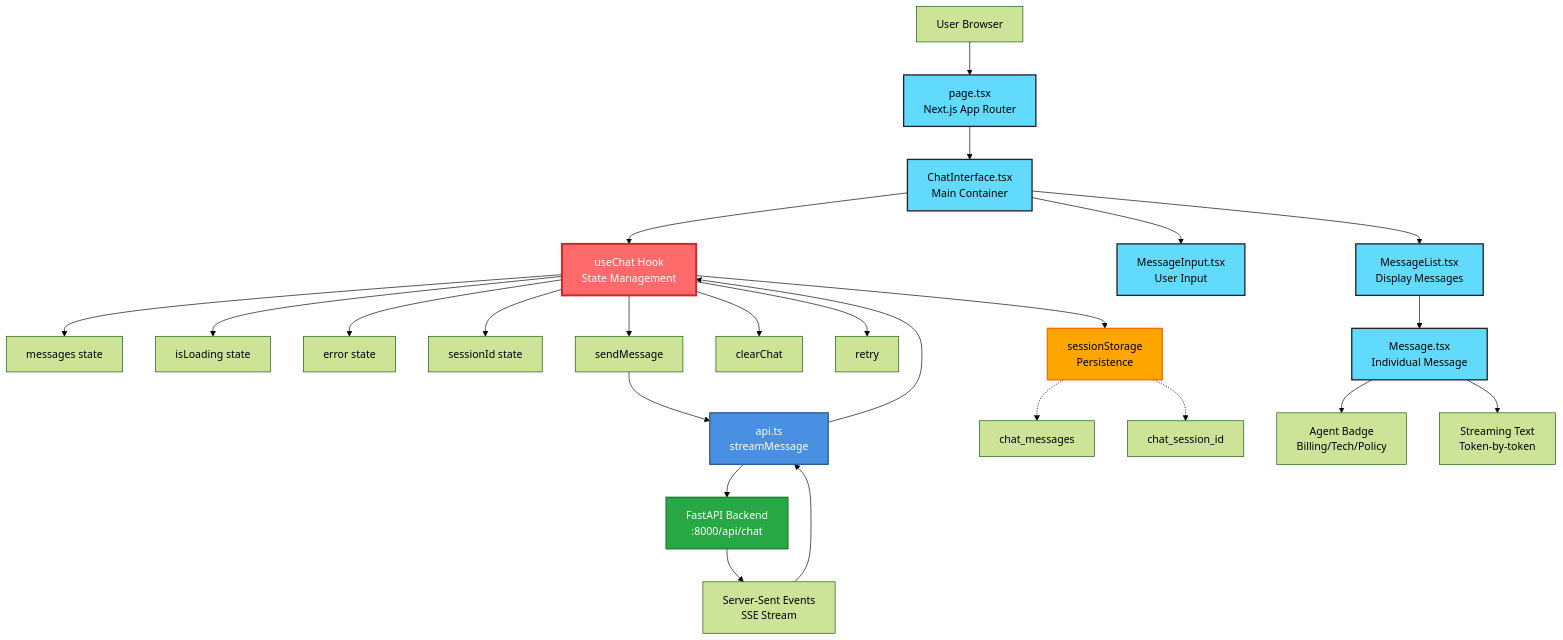
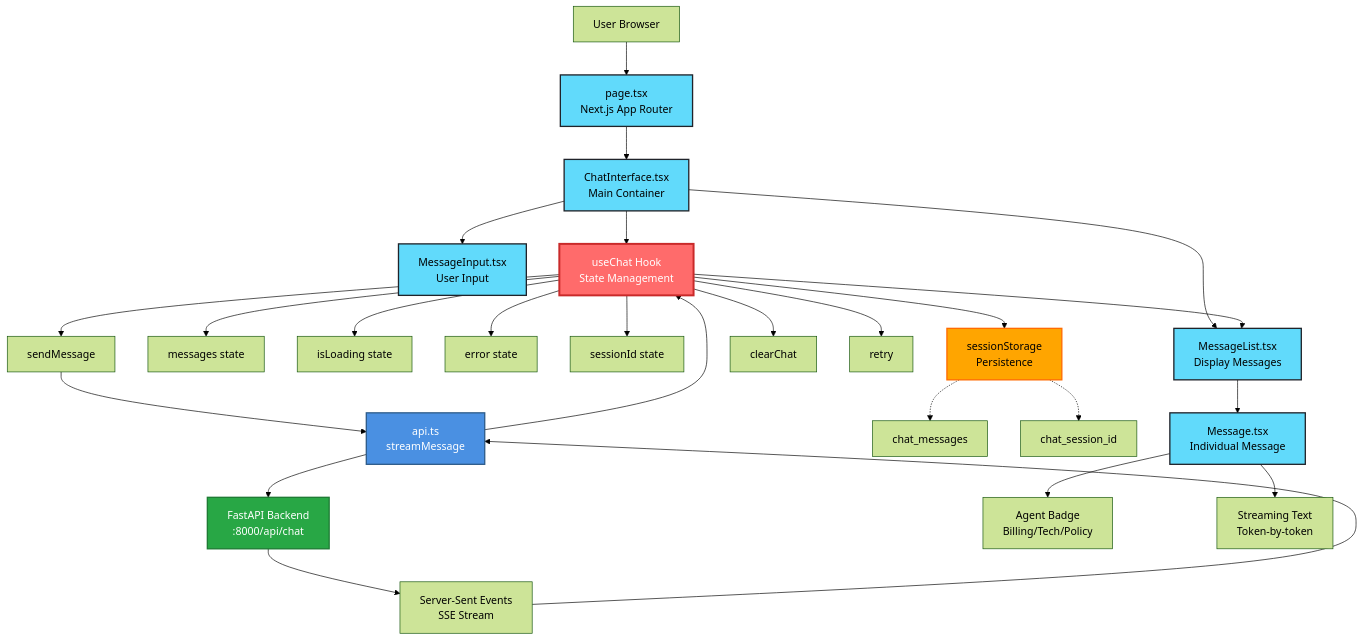
The second of 2 diagrams in README.md (fly2safa/multi-agent-customer-service), drawn with Mermaid (forest theme) before and after one commit.

Commit message:
docs: add data flow arrow from useChat Hook to MessageList
- Added missing arrow showing state flow from useChat Hook to MessageList

- Clarifies that messages state is passed to MessageList for display

- Makes data flow more accurate and complete

````diff
--- a/README.md
+++ b/README.md
@@ -75,44 +75,46 @@
 ```mermaid
 graph TB
     A[User Browser] --> B[page.tsx<br/>Next.js App Router]
     B --> C[ChatInterface.tsx<br/>Main Container]
     
     C --> D[MessageList.tsx<br/>Display Messages]
     C --> E[MessageInput.tsx<br/>User Input]
     
     C --> F[useChat Hook<br/>State Management]
     
     F --> G[messages state]
     F --> H[isLoading state]
     F --> I[error state]
     F --> J[sessionId state]
     
     F --> K[sendMessage]
     F --> L[clearChat]
     F --> M[retry]
+    
+    F --> D
     
     K --> N[api.ts<br/>streamMessage]
     N --> O[FastAPI Backend<br/>:8000/api/chat]
     
     O --> P[Server-Sent Events<br/>SSE Stream]
     P --> N
     N --> F
     
     F --> Q[sessionStorage<br/>Persistence]
     Q -.-> R[chat_messages]
     Q -.-> S[chat_session_id]
     
     D --> T[Message.tsx<br/>Individual Message]
     T --> U[Agent Badge<br/>Billing/Tech/Policy]
     T --> V[Streaming Text<br/>Token-by-token]
     
     style B fill:#61DAFB,stroke:#20232A,stroke-width:2px,color:#000
     style C fill:#61DAFB,stroke:#20232A,stroke-width:2px,color:#000
     style D fill:#61DAFB,stroke:#20232A,stroke-width:2px,color:#000
     style E fill:#61DAFB,stroke:#20232A,stroke-width:2px,color:#000
     style F fill:#FF6B6B,stroke:#C92A2A,stroke-width:3px,color:#FFF
     style N fill:#4A90E2,stroke:#2E5C8A,stroke-width:2px,color:#FFF
     style O fill:#28A745,stroke:#1E7B34,stroke-width:2px,color:#FFF
     style Q fill:#FFA500,stroke:#FF6B00,stroke-width:2px,color:#000
     style T fill:#61DAFB,stroke:#20232A,stroke-width:2px,color:#000
 ```
````
